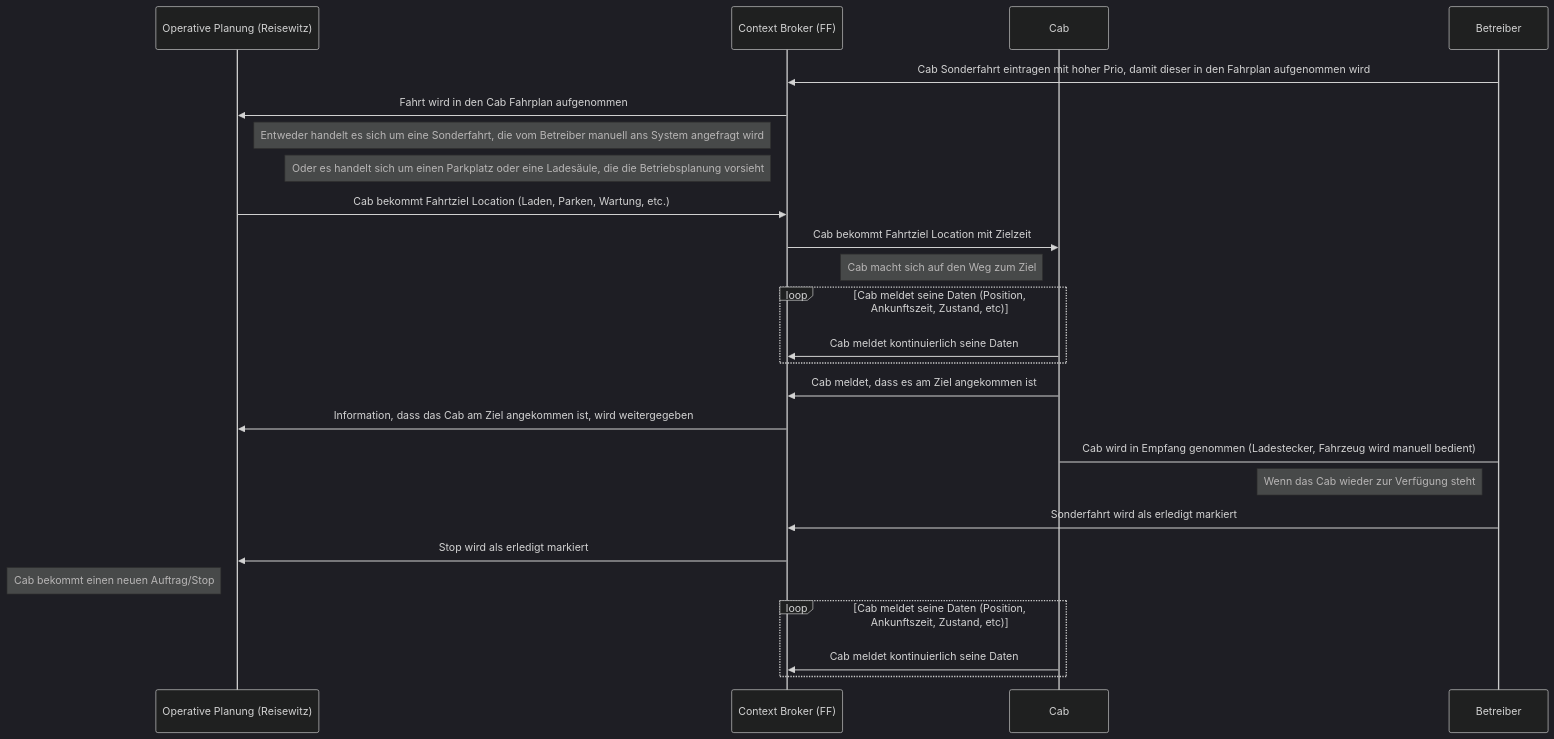
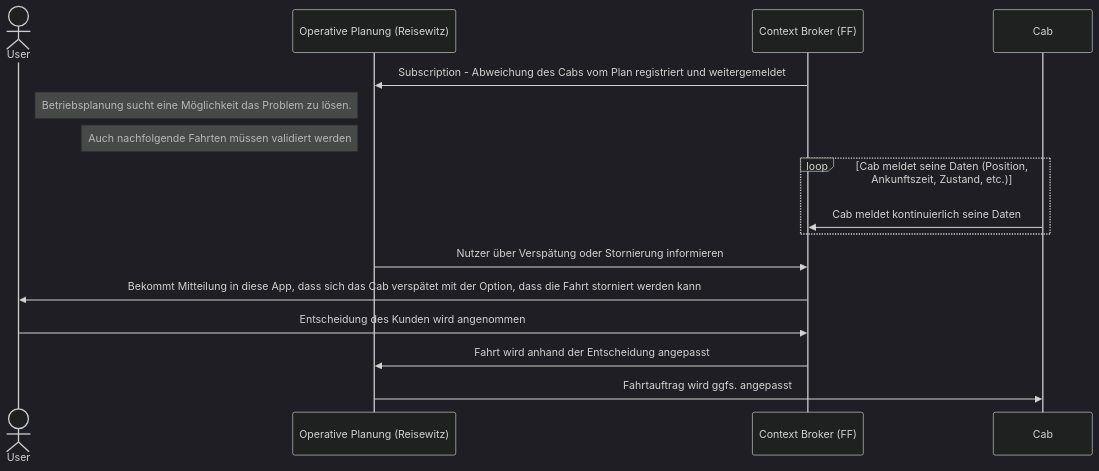
Before and after one commit to NeMo-bil/documentation: the third of 3 diagrams in README.md, drawn with Mermaid (dark theme).

Commit message:
Korrektes Sequenzdiagramm hinzugefügt

````diff
--- a/README.md
+++ b/README.md
@@ -146,38 +148,26 @@
 ```mermaid
 sequenceDiagram
 %% auskommentieren wenn wir Details zur Kommunikation aufschreiben
 %% autonumber
 %% Benutzer definieren
-%%actor User
+actor User
 %% technische Teilnehmer/Componenten definieren
 participant RW as Operative Planung (Reisewitz)
 participant CB as Context Broker (FF)
 participant Cab
-participant Betreiber
 
-Betreiber->>CB: Cab Sonderfahrt eintragen mit hoher Prio, damit dieser in den Fahrplan aufgenommen wird
-CB->>RW: Fahrt wird in den Cab Fahrplan aufgenommen
-Note left of CB: Entweder handelt es sich um eine Sonderfahrt, die vom Betreiber manuell ans System angefragt wird
-Note left of CB: Oder es handelt sich um einen Parkplatz oder eine Ladesäule, die die Betriebsplanung vorsieht
+CB->>RW: Subscription - Abweichung des Cabs vom Plan registriert und weitergemeldet 
+Note left of RW: Betriebsplanung sucht eine Möglichkeit das Problem zu lösen.
+Note left of RW: Auch nachfolgende Fahrten müssen validiert werden
 
-RW->>CB: Cab bekommt Fahrtziel Location (Laden, Parken, Wartung, etc.)
-CB->>Cab: Cab bekommt Fahrtziel Location mit Zielzeit
-Note left of Cab: Cab macht sich auf den Weg zum Ziel
-
-loop Cab meldet seine Daten (Position, Ankunftszeit, Zustand, etc)
-Cab->>CB: Cab meldet kontinuierlich seine Daten
-End
-
-Cab->>CB: Cab meldet, dass es am Ziel angekommen ist
-CB->>RW: Information, dass das Cab am Ziel angekommen ist, wird weitergegeben
-
-Cab->Betreiber: Cab wird in Empfang genommen (Ladestecker, Fahrzeug wird manuell bedient)
-Note left of Betreiber: Wenn das Cab wieder zur Verfügung steht
-
-Betreiber->>CB: Sonderfahrt wird als erledigt markiert
-CB->>RW: Stop wird als erledigt markiert
-Note left of RW: Cab bekommt einen neuen Auftrag/Stop
-loop Cab meldet seine Daten (Position, Ankunftszeit, Zustand, etc)
+loop Cab meldet seine Daten (Position, Ankunftszeit, Zustand, etc.)
 Cab->>CB: Cab meldet kontinuierlich seine Daten
 end
+
+RW->>CB: Nutzer über Verspätung oder Stornierung informieren
+CB->>User: Bekommt Mitteilung in diese App, dass sich das Cab verspätet mit der Option, dass die Fahrt storniert werden kann
+
+User->>CB: Entscheidung des Kunden wird angenommen
+CB->>RW: Fahrt wird anhand der Entscheidung angepasst
+RW->>Cab: Fahrtauftrag wird ggfs. angepasst
 ```
````
